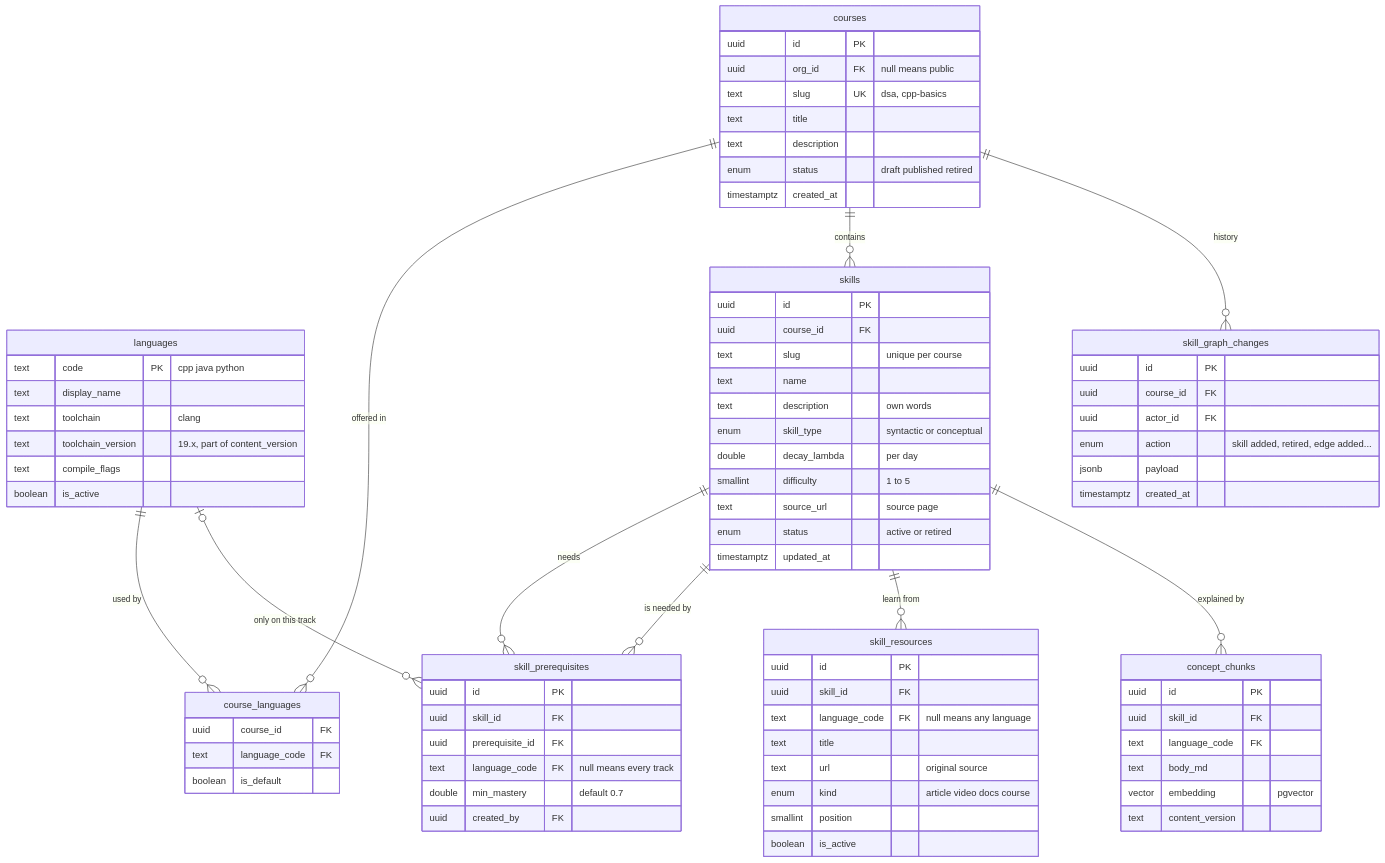
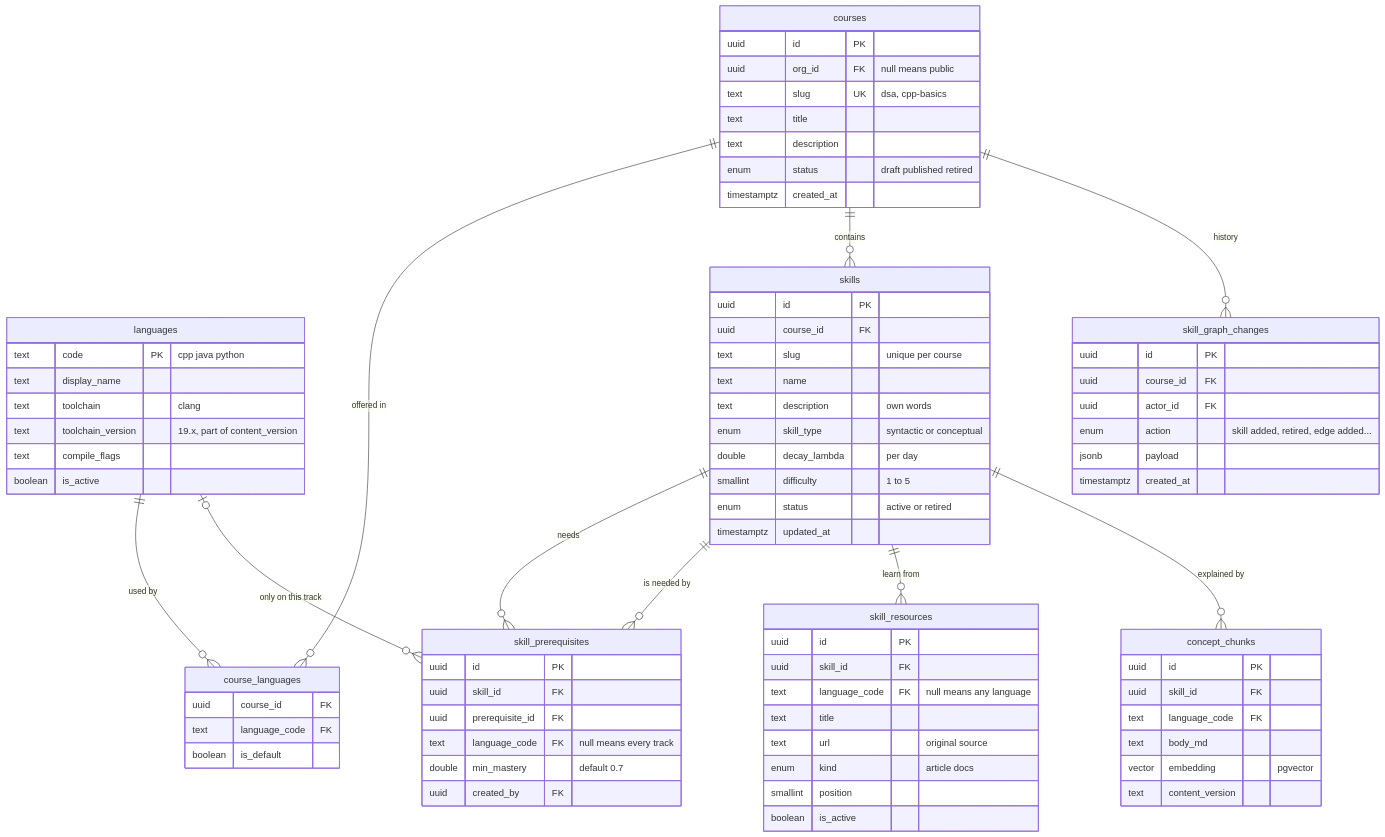
Before and after one commit to Nidanos/ai-tutor-platform: the eighth of 32 diagrams in DOCS/phase-2/MP3-System-Design.md, drawn with Mermaid. The commit also changed other lines of this file and 2 other files, not shown here.

Commit message:
docs: record no-videos and own-skill-map decisions in ADR-0001

````diff
--- a/DOCS/phase-2/MP3-System-Design.md
+++ b/DOCS/phase-2/MP3-System-Design.md
@@ -461,81 +461,80 @@
 ```mermaid
 erDiagram
   courses ||--o{ course_languages : "offered in"
   languages ||--o{ course_languages : "used by"
   courses ||--o{ skills : "contains"
   skills ||--o{ skill_prerequisites : "needs"
   skills ||--o{ skill_prerequisites : "is needed by"
   languages |o--o{ skill_prerequisites : "only on this track"
   skills ||--o{ skill_resources : "learn from"
   courses ||--o{ skill_graph_changes : "history"
   skills ||--o{ concept_chunks : "explained by"
   languages {
     text code PK "cpp java python"
     text display_name
     text toolchain "clang"
     text toolchain_version "19.x, part of content_version"
     text compile_flags
     boolean is_active
   }
   courses {
     uuid id PK
     uuid org_id FK "null means public"
     text slug UK "dsa, cpp-basics"
     text title
     text description
     enum status "draft published retired"
     timestamptz created_at
   }
   course_languages {
     uuid course_id FK
     text language_code FK
     boolean is_default
   }
   skills {
     uuid id PK
     uuid course_id FK
     text slug "unique per course"
     text name
     text description "own words"
     enum skill_type "syntactic or conceptual"
     double decay_lambda "per day"
     smallint difficulty "1 to 5"
-    text source_url "source page"
     enum status "active or retired"
     timestamptz updated_at
   }
   skill_prerequisites {
     uuid id PK
     uuid skill_id FK
     uuid prerequisite_id FK
     text language_code FK "null means every track"
     double min_mastery "default 0.7"
     uuid created_by FK
   }
   skill_resources {
     uuid id PK
     uuid skill_id FK
     text language_code FK "null means any language"
     text title
     text url "original source"
-    enum kind "article video docs course"
+    enum kind "article docs"
     smallint position
     boolean is_active
   }
   skill_graph_changes {
     uuid id PK
     uuid course_id FK
     uuid actor_id FK
     enum action "skill added, retired, edge added..."
     jsonb payload
     timestamptz created_at
   }
   concept_chunks {
     uuid id PK
     uuid skill_id FK
     text language_code FK
     text body_md
     vector embedding "pgvector"
     text content_version
   }
 ```
````
